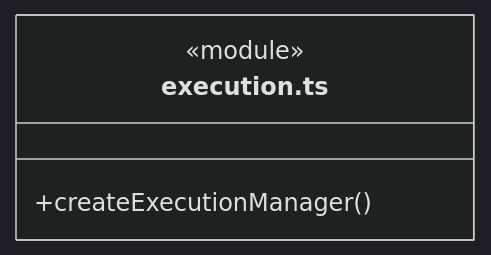
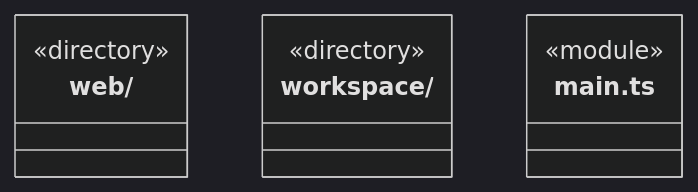
Before and after one commit to nan023062/cbim: the fourth of 6 diagrams in src/backend/main/ARCHITECTURE.md, drawn with Mermaid (dark theme). The commit also changed other lines of this file and 971 other files, not shown here.

````diff
--- a/src/backend/main/ARCHITECTURE.md
+++ b/src/backend/main/ARCHITECTURE.md
@@ -173,7 +93,12 @@
 ```mermaid
 classDiagram
-class N_src_backend_main_execution_ts["execution.ts"] {
+class N_src_backend_main_web["web/"] {
+  <<directory>>
+}
+class N_src_backend_main_workspace["workspace/"] {
+  <<directory>>
+}
+class N_src_backend_main_main_ts["main.ts"] {
   <<module>>
-  +createExecutionManager()
 }
 ```
````
